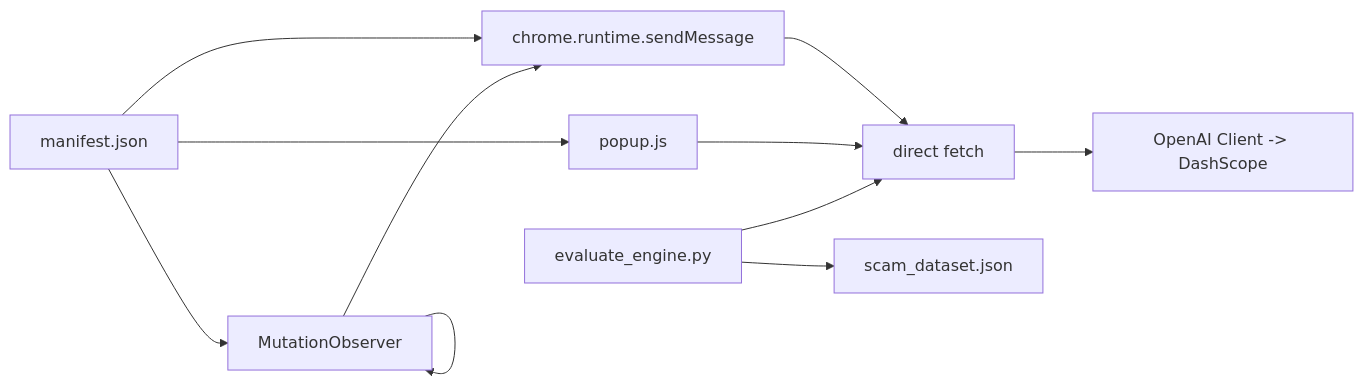
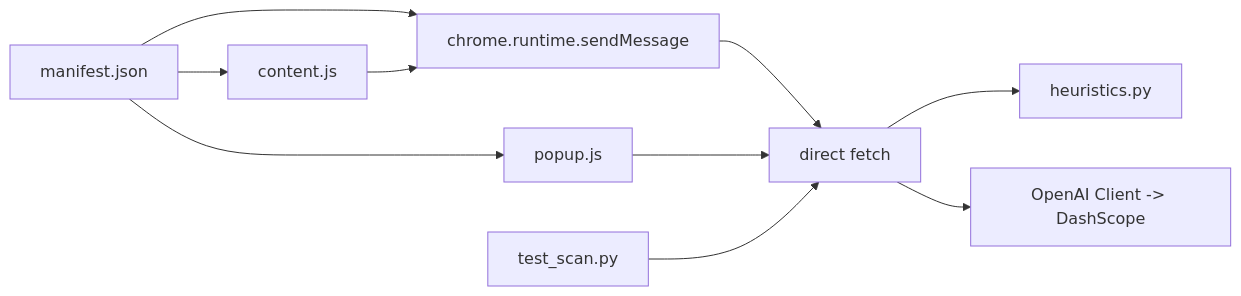
Before and after one commit to Aymanaahh/scrollguard-ai: the seventh of 7 diagrams in .qoder/repowiki/en/content/Threat Detection Engine.md, drawn with Mermaid. The commit also changed other lines of this file and 36 other files, not shown here.

Commit message:
Major refactor: async backend, improved heuristics, modernized popup UI, and optimized content script with MutationObserver + deduplication

````diff
--- a/.qoder/repowiki/en/content/Threat Detection Engine.md
+++ b/.qoder/repowiki/en/content/Threat Detection Engine.md
@@ -440,13 +356,12 @@
 ```mermaid
 graph LR
 MAN["manifest.json"] --> BSW["background.js"]
 MAN --> CS["content.js"]
 MAN --> POPJS["popup.js"]
 CS --> BSW["chrome.runtime.sendMessage"]
-CS --> CS["MutationObserver"]
 BSW --> API["main.py"]
 POPJS --> API["direct fetch"]
+API --> HEUR["heuristics.py"]
 API --> OPENAI["OpenAI Client -> DashScope"]
-EVAL["evaluate_engine.py"] --> API
-EVAL --> DATA["scam_dataset.json"]
+TEST["test_scan.py"] --> API
 ```
````
